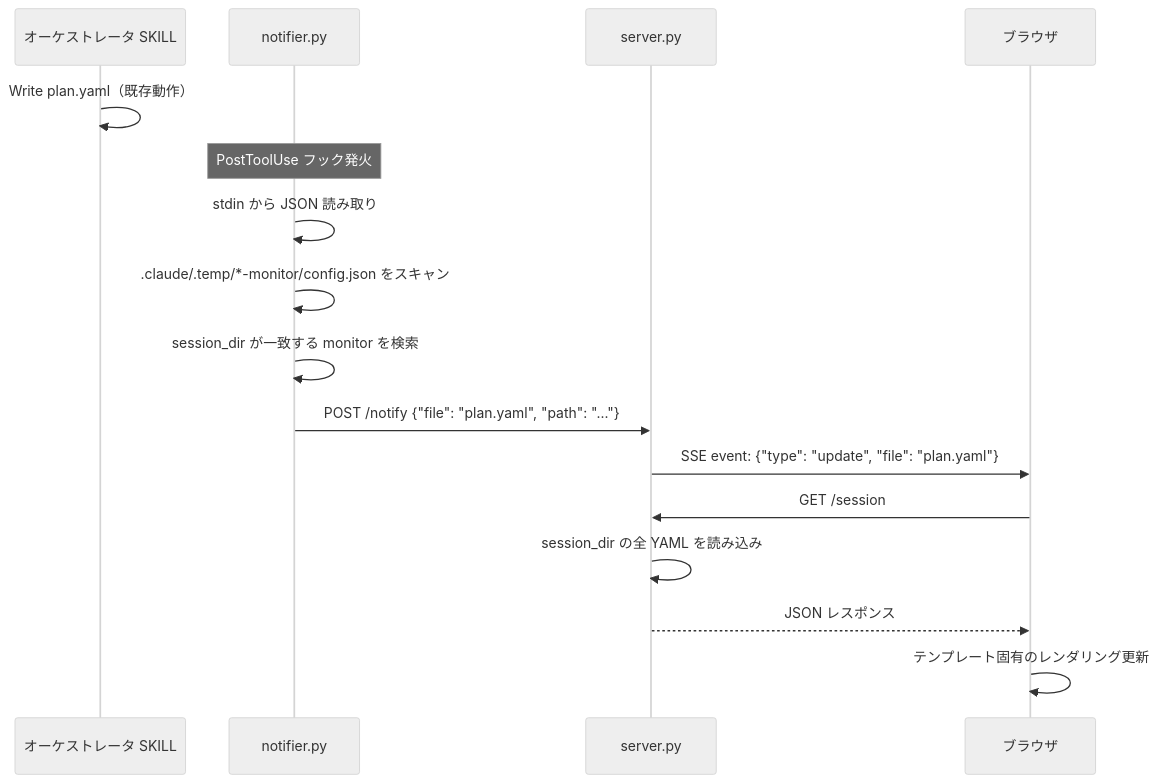
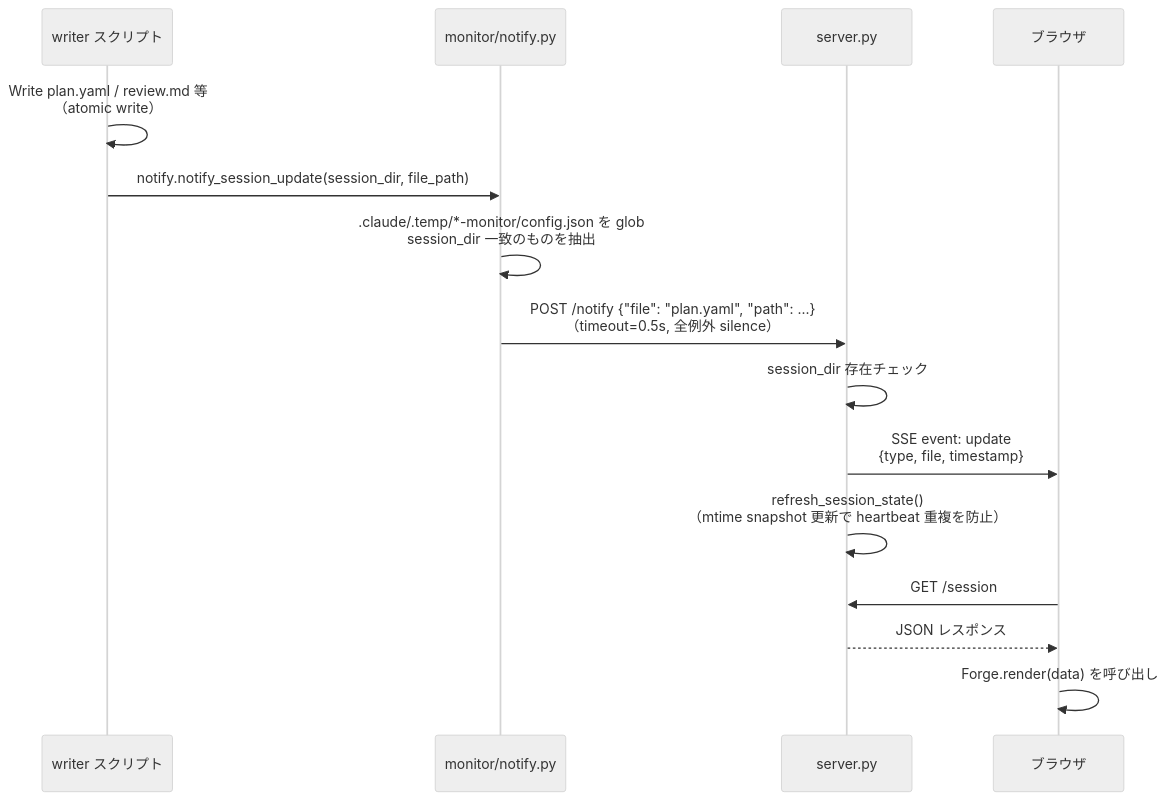
Before and after one commit to BlueEventHorizon/bw-cc-plugins: the fourth of 7 diagrams in docs/specs/forge/design/DES-012_show_browser_design.md, drawn with Mermaid (neutral theme). The commit also changed other lines of this file and 40 other files, not shown here.

````diff
--- a/docs/specs/forge/design/DES-012_show_browser_design.md
+++ b/docs/specs/forge/design/DES-012_show_browser_design.md
@@ -173,23 +219,20 @@
 ```mermaid
 sequenceDiagram
-    participant SKILL as オーケストレータ SKILL
-    participant NF as notifier.py
+    participant SKILL as writer スクリプト
+    participant NT as monitor/notify.py
     participant SV as server.py
     participant Browser as ブラウザ
 
-    SKILL->>SKILL: Write plan.yaml（既存動作）
+    SKILL->>SKILL: Write plan.yaml / review.md 等<br>（atomic write）
+    SKILL->>NT: notify.notify_session_update(session_dir, file_path)
+    NT->>NT: .claude/.temp/*-monitor/config.json を glob<br>session_dir 一致のものを抽出
+    NT->>SV: POST /notify {"file": "plan.yaml", "path": ...}<br>（timeout=0.5s, 全例外 silence）
 
-    Note over NF: PostToolUse フック発火
-
-    NF->>NF: stdin から JSON 読み取り
-    NF->>NF: .claude/.temp/*-monitor/config.json をスキャン
-    NF->>NF: session_dir が一致する monitor を検索
-    NF->>SV: POST /notify {"file": "plan.yaml", "path": "..."}
-
-    SV->>Browser: SSE event: {"type": "update", "file": "plan.yaml"}
+    SV->>SV: session_dir 存在チェック
+    SV->>Browser: SSE event: update<br>{type, file, timestamp}
+    SV->>SV: refresh_session_state()<br>（mtime snapshot 更新で heartbeat 重複を防止）
 
     Browser->>SV: GET /session
-    SV->>SV: session_dir の全 YAML を読み込み
     SV-->>Browser: JSON レスポンス
-    Browser->>Browser: テンプレート固有のレンダリング更新
+    Browser->>Browser: Forge.render(data) を呼び出し
 ```
````
